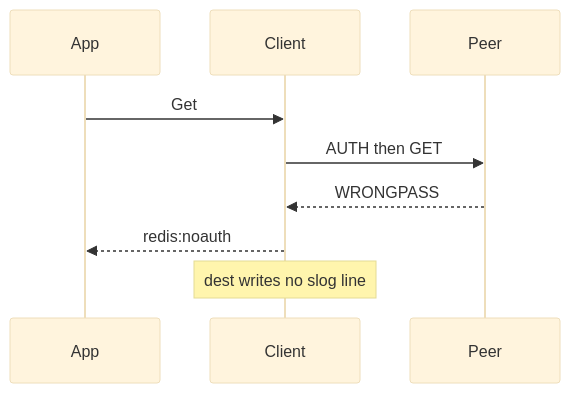
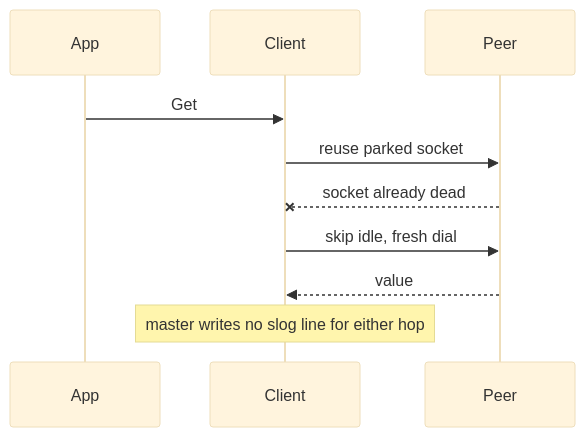
Before and after one commit to david-garcia-garcia/traefik-middleware-utilities: the diagram in devstate/2026/09/2026-09-13-simpleredis-structured-logging/card.md, drawn with Mermaid (base theme). The commit also changed other lines of this file and 1 other file, not shown here.

Commit message:
docs: record slog delivery card and explore rows after dest sync

````diff
--- a/devstate/2026/09/2026-09-13-simpleredis-structured-logging/card.md
+++ b/devstate/2026/09/2026-09-13-simpleredis-structured-logging/card.md
@@ -17,11 +19,12 @@
 ```mermaid
 sequenceDiagram
     participant App
     participant Client
     participant Peer
     App->>Client: Get
-    Client->>Peer: AUTH then GET
-    Peer-->>Client: WRONGPASS
-    Client-->>App: redis:noauth
-    Note over Client: dest writes no slog line
+    Client->>Peer: reuse parked socket
+    Peer--x Client: socket already dead
+    Client->>Peer: skip idle, fresh dial
+    Peer-->>Client: value
+    Note over Client: master writes no slog line for either hop
 ```
````
